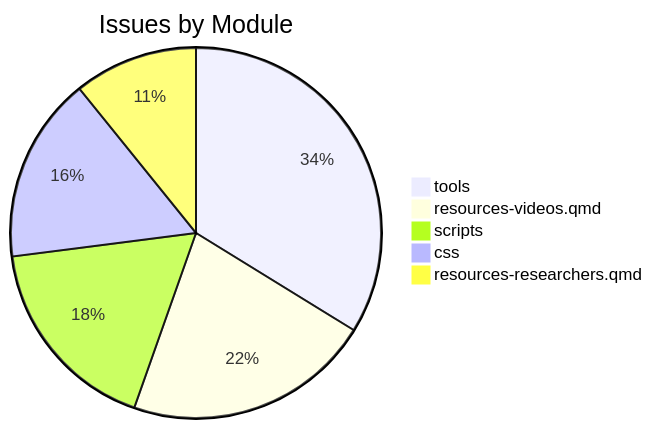
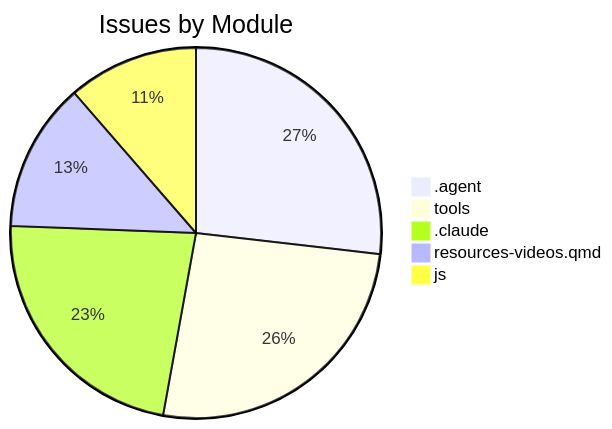
Before and after one commit to D-sorganization/AffineDrift: the second of 2 diagrams in docs/assessments/completist/Completist_Report_2026-02-22.md, drawn with Mermaid. The commit also changed other lines of this file and 26 other files, not shown here.

````diff
--- a/docs/assessments/completist/Completist_Report_2026-02-22.md
+++ b/docs/assessments/completist/Completist_Report_2026-02-22.md
@@ -22,8 +22,8 @@
 ```mermaid
 pie title Issues by Module
-    "tools" : 25
+    ".agent" : 33
+    "tools" : 32
+    ".claude" : 28
     "resources-videos.qmd" : 16
-    "scripts" : 13
-    "css" : 12
-    "resources-researchers.qmd" : 8
+    "js" : 14
 ```
````
